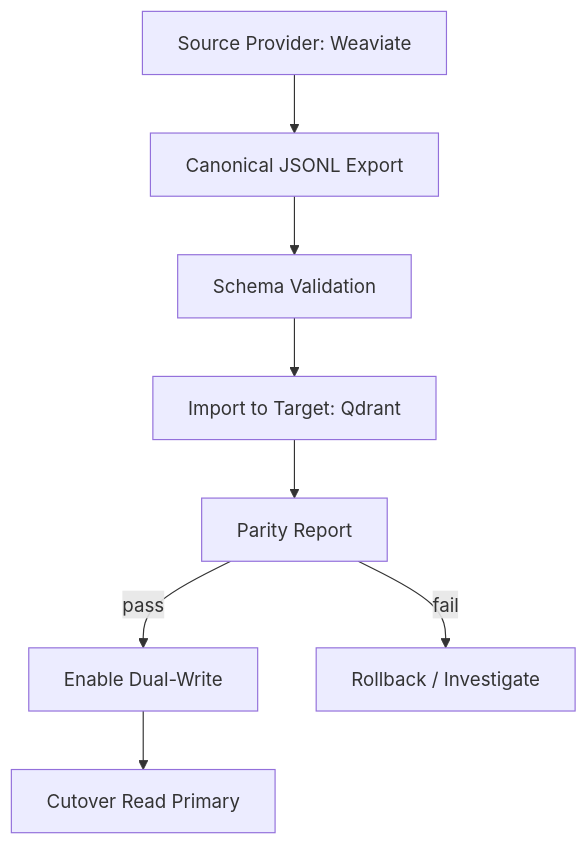
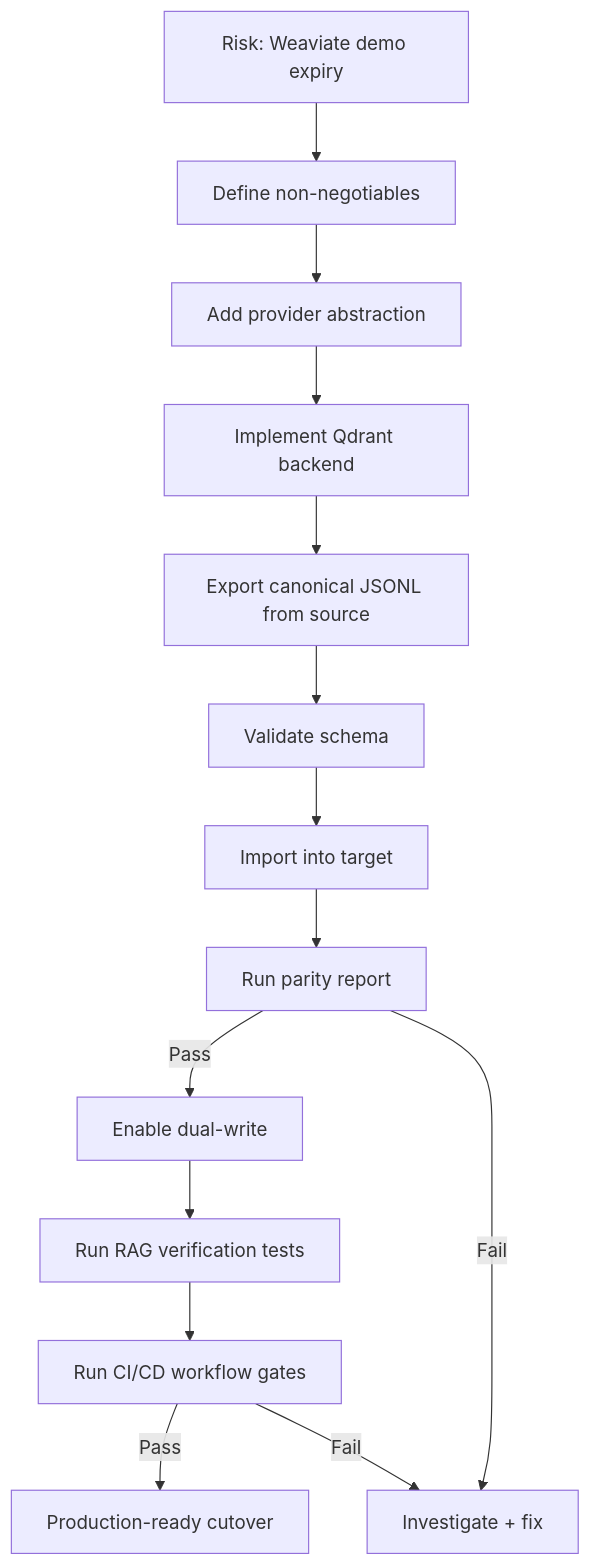
Before and after one commit to nhomyk/AgenticQA: the first of 2 diagrams in AgenticQA/docs/MEDIUM_ARTICLE_VECTOR_DB_MIGRATION.md, drawn with Mermaid. The commit also changed other lines of this file, not shown here.

Commit message:
docs: replace article diagrams with practical copy/paste flow charts

````diff
--- a/AgenticQA/docs/MEDIUM_ARTICLE_VECTOR_DB_MIGRATION.md
+++ b/AgenticQA/docs/MEDIUM_ARTICLE_VECTOR_DB_MIGRATION.md
@@ -59,10 +41,16 @@
 ```mermaid
 flowchart TD
-	S[Source Provider: Weaviate] --> X[Canonical JSONL Export]
-	X --> V[Schema Validation]
-	V --> I[Import to Target: Qdrant]
-	I --> P[Parity Report]
-	P -->|pass| D[Enable Dual-Write]
-	P -->|fail| R[Rollback / Investigate]
-	D --> C[Cutover Read Primary]
+		A[Risk: Weaviate demo expiry] --> B[Define non-negotiables]
+		B --> C[Add provider abstraction]
+		C --> D[Implement Qdrant backend]
+		D --> E[Export canonical JSONL from source]
+		E --> F[Validate schema]
+		F --> G[Import into target]
+		G --> H[Run parity report]
+		H -->|Pass| I[Enable dual-write]
+		H -->|Fail| R[Investigate + fix]
+		I --> J[Run RAG verification tests]
+		J --> K[Run CI/CD workflow gates]
+		K -->|Pass| L[Production-ready cutover]
+		K -->|Fail| R
 ```
````
